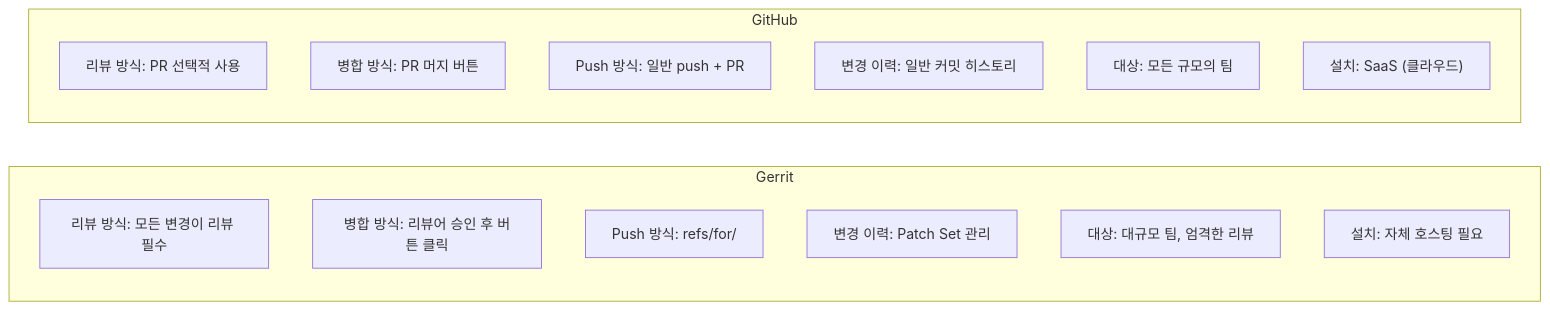
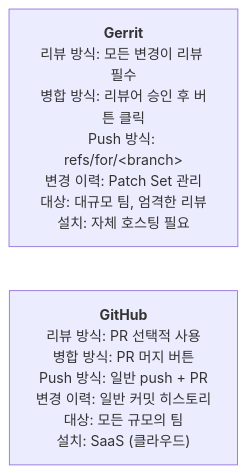
One commit to jingu279/Document changed the first of 4 diagrams in 07_Gerrit/01_What_is_Gerrit.md. Above: the diagram before and after it, drawn with Mermaid. The commit also changed other lines of this file and 16 other files, not shown here.

Commit message:
Fix all Mermaid rendering issues (subgraph-to-subgraph, unconnected nodes, reserved names, dashes)

````diff
--- a/07_Gerrit/01_What_is_Gerrit.md
+++ b/07_Gerrit/01_What_is_Gerrit.md
@@ -7,19 +7,5 @@
 ```mermaid
 flowchart LR
-  subgraph Gerrit["Gerrit"]
-    G1["리뷰 방식: 모든 변경이 리뷰 필수"]
-    G2["병합 방식: 리뷰어 승인 후 버튼 클릭"]
-    G3["Push 방식: refs/for/<branch>"]
-    G4["변경 이력: Patch Set 관리"]
-    G5["대상: 대규모 팀, 엄격한 리뷰"]
-    G6["설치: 자체 호스팅 필요"]
-  end
-  subgraph GitHub["GitHub"]
-    H1["리뷰 방식: PR 선택적 사용"]
-    H2["병합 방식: PR 머지 버튼"]
-    H3["Push 방식: 일반 push + PR"]
-    H4["변경 이력: 일반 커밋 히스토리"]
-    H5["대상: 모든 규모의 팀"]
-    H6["설치: SaaS (클라우드)"]
-  end
+  Gerrit["<b>Gerrit</b><br/>리뷰 방식: 모든 변경이 리뷰 필수<br/>병합 방식: 리뷰어 승인 후 버튼 클릭<br/>Push 방식: refs/for/&lt;branch&gt;<br/>변경 이력: Patch Set 관리<br/>대상: 대규모 팀, 엄격한 리뷰<br/>설치: 자체 호스팅 필요"]
+  GitHub["<b>GitHub</b><br/>리뷰 방식: PR 선택적 사용<br/>병합 방식: PR 머지 버튼<br/>Push 방식: 일반 push + PR<br/>변경 이력: 일반 커밋 히스토리<br/>대상: 모든 규모의 팀<br/>설치: SaaS (클라우드)"]
 ```
````
